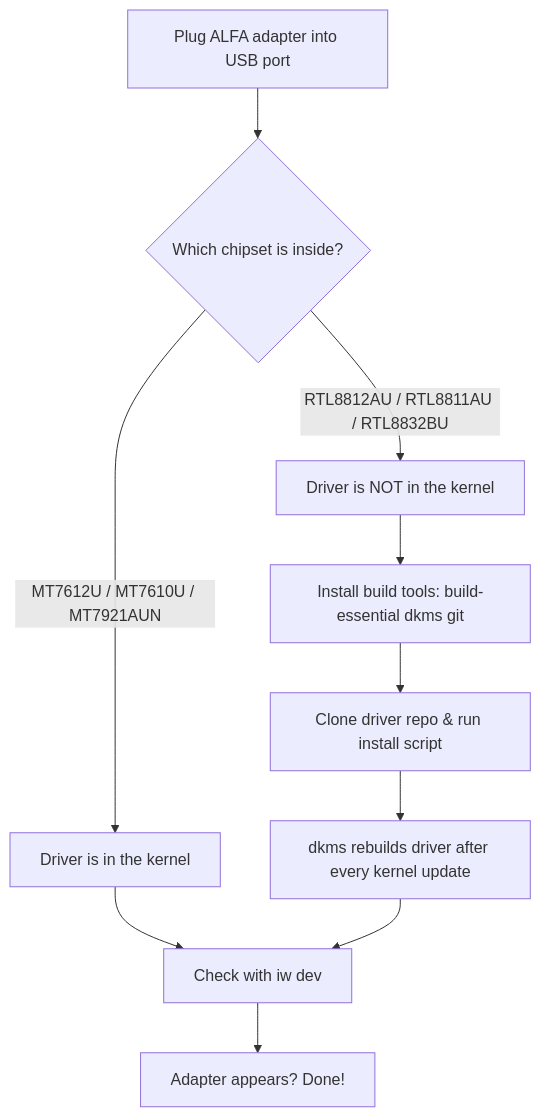
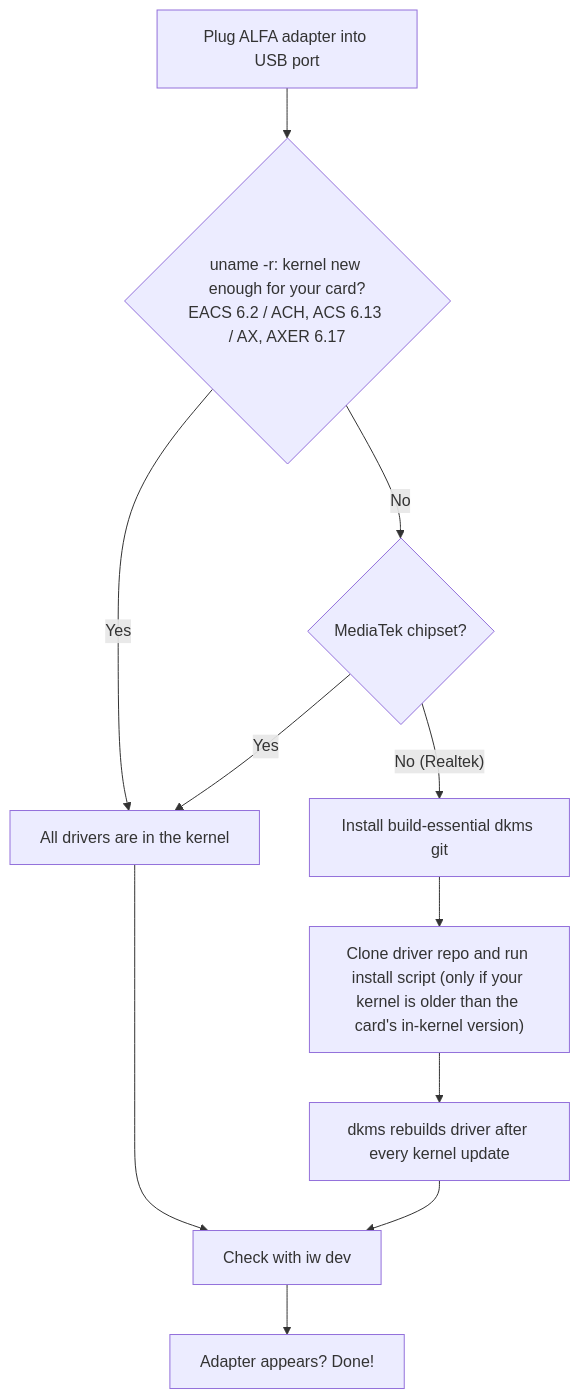
Before and after one commit to yopitek/yupitek-wiki: the diagram in docs/01-alfa-network/linux-setup-ubuntu.md, drawn with Mermaid. The commit also changed other lines of this file and 108 other files, not shown here.

````diff
--- a/docs/01-alfa-network/linux-setup-ubuntu.md
+++ b/docs/01-alfa-network/linux-setup-ubuntu.md
@@ -23,12 +23,13 @@
 ```mermaid
 flowchart TD
-    A["Plug ALFA adapter into USB port"] --> B{"Which chipset is inside?"}
-    B -->|"MT7612U / MT7610U / MT7921AUN"| C["Driver is in the kernel"]
-    B -->|"RTL8812AU / RTL8811AU / RTL8832BU"| D["Driver is NOT in the kernel"]
-    C --> E["Check with iw dev"]
-    E --> F["Adapter appears? Done!"]
-    D --> G["Install build tools: build-essential dkms git"]
-    G --> H["Clone driver repo & run install script"]
-    H --> I["dkms rebuilds driver after every kernel update"]
-    I --> E
+    A["Plug ALFA adapter into USB port"] --> B{"uname -r: kernel new enough for your card?<br/>EACS 6.2 / ACH, ACS 6.13 / AX, AXER 6.17"}
+    B -->|"Yes"| C["All drivers are in the kernel"]
+    B -->|"No"| D{"MediaTek chipset?"}
+    D -->|"Yes"| C
+    D -->|"No (Realtek)"| E["Install build-essential dkms git"]
+    E --> F["Clone driver repo and run install script (only if your kernel is older than the card's in-kernel version)"]
+    F --> G["dkms rebuilds driver after every kernel update"]
+    C --> H["Check with iw dev"]
+    G --> H
+    H --> I["Adapter appears? Done!"]
 ```
````
